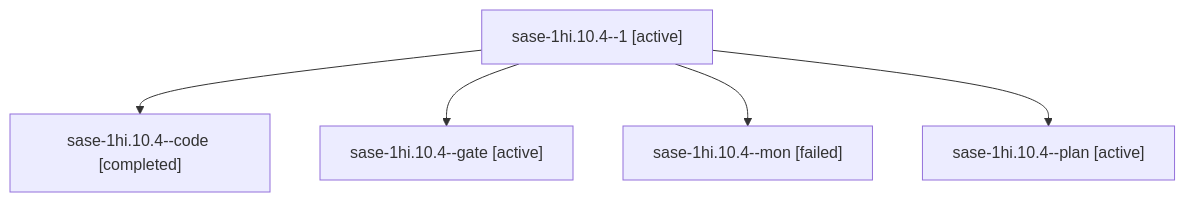
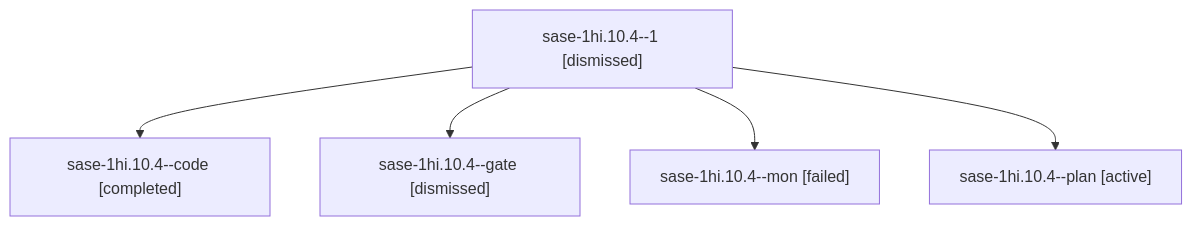
The diagram in sessions/bbugyi200.apollo.sase-1hi.10.4.md (sase-org/sase--agents), drawn with Mermaid before and after one commit. The commit also changed other lines of this file and 259 other files, not shown here.

````diff
--- a/sessions/bbugyi200.apollo.sase-1hi.10.4.md
+++ b/sessions/bbugyi200.apollo.sase-1hi.10.4.md
@@ -9,12 +9,12 @@
 ```mermaid
 flowchart TD
-  n0["sase-1hi.10.4--1 [active]"]
+  n0["sase-1hi.10.4--1 [dismissed]"]
   n1["sase-1hi.10.4--code [completed]"]
   n0 --> n1
-  n2["sase-1hi.10.4--gate [active]"]
+  n2["sase-1hi.10.4--gate [dismissed]"]
   n0 --> n2
   n3["sase-1hi.10.4--mon [failed]"]
   n0 --> n3
   n4["sase-1hi.10.4--plan [active]"]
   n0 --> n4
 ```
````
